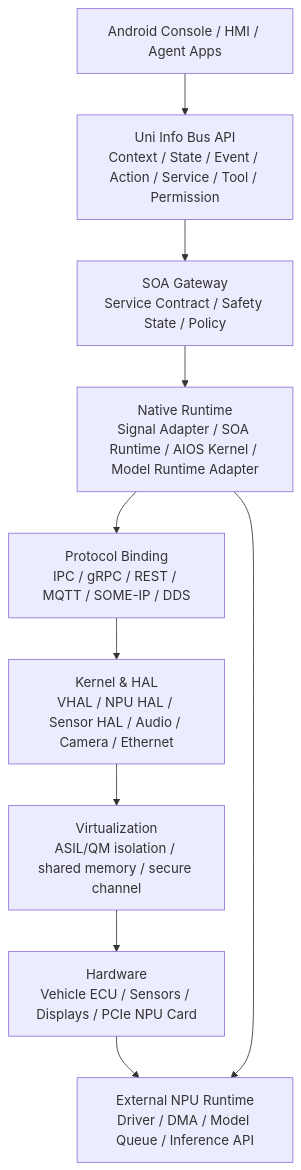
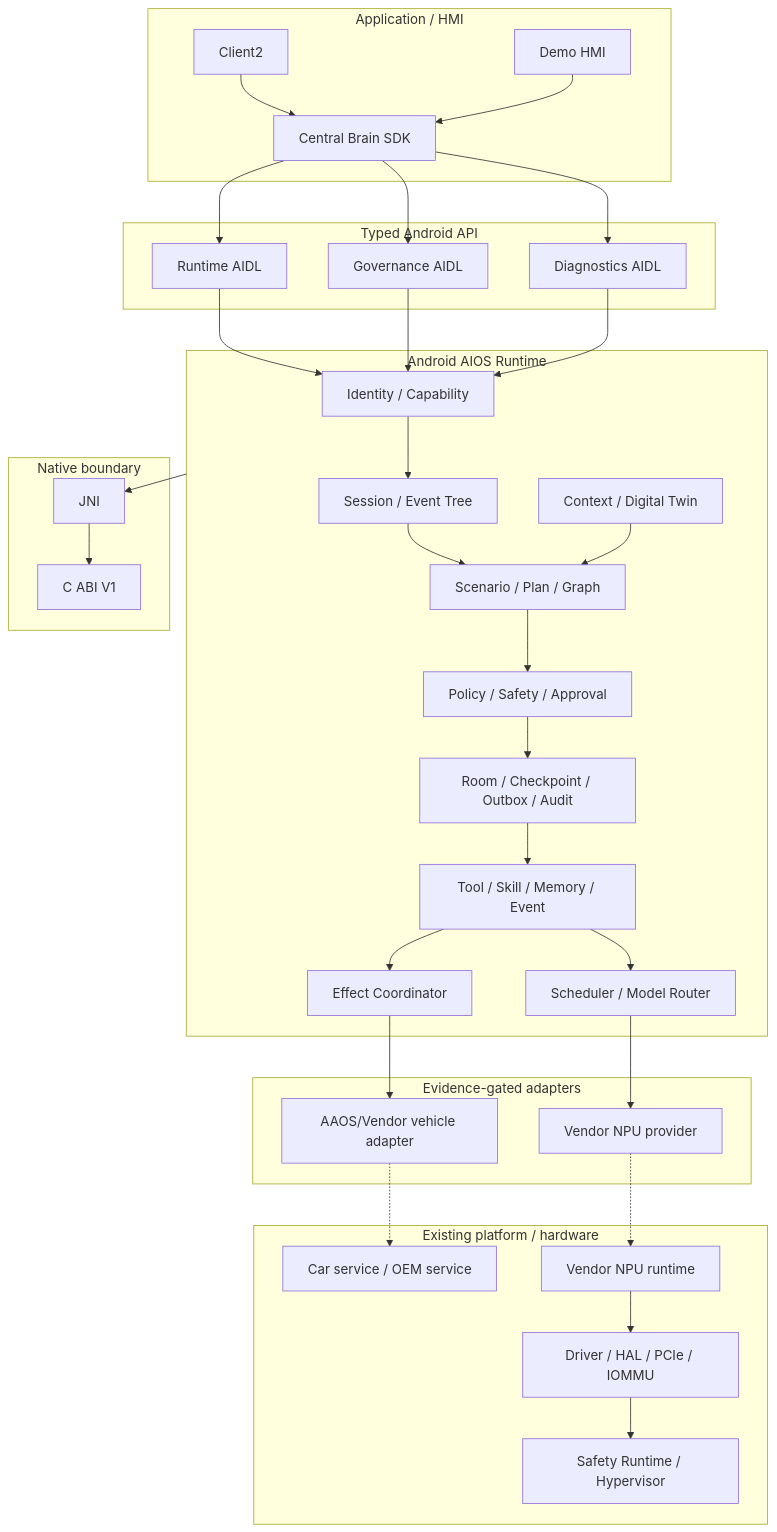
Before and after one commit to LucasWEIchen/CougarOS: the diagram in docs/CENTRAL_BRAIN_SOFTWARE_ARCHITECTURE.md, drawn with Mermaid. The commit also changed other lines of this file and 96 other files, not shown here.

````diff
--- a/docs/CENTRAL_BRAIN_SOFTWARE_ARCHITECTURE.md
+++ b/docs/CENTRAL_BRAIN_SOFTWARE_ARCHITECTURE.md
@@ -20,22 +21,63 @@
 ```mermaid
 flowchart TB
-  AndroidApp["Android Console / HMI / Agent Apps"]
-  Framework["Uni Info Bus API\nContext / State / Event / Action / Service / Tool / Permission"]
-  SOA["SOA Gateway\nService Contract / Safety State / Policy"]
-  Native["Native Runtime\nSignal Adapter / SOA Runtime / AIOS Kernel / Model Runtime Adapter"]
-  Protocol["Protocol Binding\nIPC / gRPC / REST / MQTT / SOME-IP / DDS"]
-  HAL["Kernel & HAL\nVHAL / NPU HAL / Sensor HAL / Audio / Camera / Ethernet"]
-  Hypervisor["Virtualization\nASIL/QM isolation / shared memory / secure channel"]
-  Hardware["Hardware\nVehicle ECU / Sensors / Displays / PCIe NPU Card"]
-  NPU["External NPU Runtime\nDriver / DMA / Model Queue / Inference API"]
+  subgraph HMI["Application / HMI"]
+    C2["Client2"]
+    Demo["Demo HMI"]
+    SDK["Central Brain SDK"]
+  end
 
-  AndroidApp --> Framework
-  Framework --> SOA
-  SOA --> Native
-  Native --> Protocol
-  Protocol --> HAL
-  HAL --> Hypervisor
-  Hypervisor --> Hardware
-  Hardware --> NPU
-  Native --> NPU
+  subgraph API["Typed Android API"]
+    RTAPI["Runtime AIDL"]
+    GOVAPI["Governance AIDL"]
+    DIAGAPI["Diagnostics AIDL"]
+  end
+
+  subgraph CORE["Android AIOS Runtime"]
+    ID["Identity / Capability"]
+    SES["Session / Event Tree"]
+    CTX["Context / Digital Twin"]
+    PLAN["Scenario / Plan / Graph"]
+    GOV["Policy / Safety / Approval"]
+    DUR["Room / Checkpoint / Outbox / Audit"]
+    TOOL["Tool / Skill / Memory / Event"]
+    MODEL["Scheduler / Model Router"]
+    EFFECT["Effect Coordinator"]
+  end
+
+  subgraph NATIVE["Native boundary"]
+    JNI["JNI"]
+    CABI["C ABI V1"]
+  end
+
+  subgraph ADAPTER["Evidence-gated adapters"]
+    AAOS["AAOS/Vendor vehicle adapter"]
+    NPU["Vendor NPU provider"]
+  end
+
+  subgraph PLATFORM["Existing platform / hardware"]
+    CAR["Car service / OEM service"]
+    NPURT["Vendor NPU runtime"]
+    HAL["Driver / HAL / PCIe / IOMMU"]
+    SAFE["Safety Runtime / Hypervisor"]
+  end
+
+  C2 --> SDK
+  Demo --> SDK
+  SDK --> RTAPI
+  SDK --> GOVAPI
+  SDK --> DIAGAPI
+  RTAPI --> ID
+  GOVAPI --> ID
+  DIAGAPI --> ID
+  ID --> SES --> PLAN
+  CTX --> PLAN
+  PLAN --> GOV --> DUR
+  DUR --> TOOL
+  TOOL --> MODEL
+  TOOL --> EFFECT
+  MODEL --> NPU
+  EFFECT --> AAOS
+  CORE --> JNI --> CABI
+  AAOS -.-> CAR
+  NPU -.-> NPURT --> HAL --> SAFE
 ```
````
